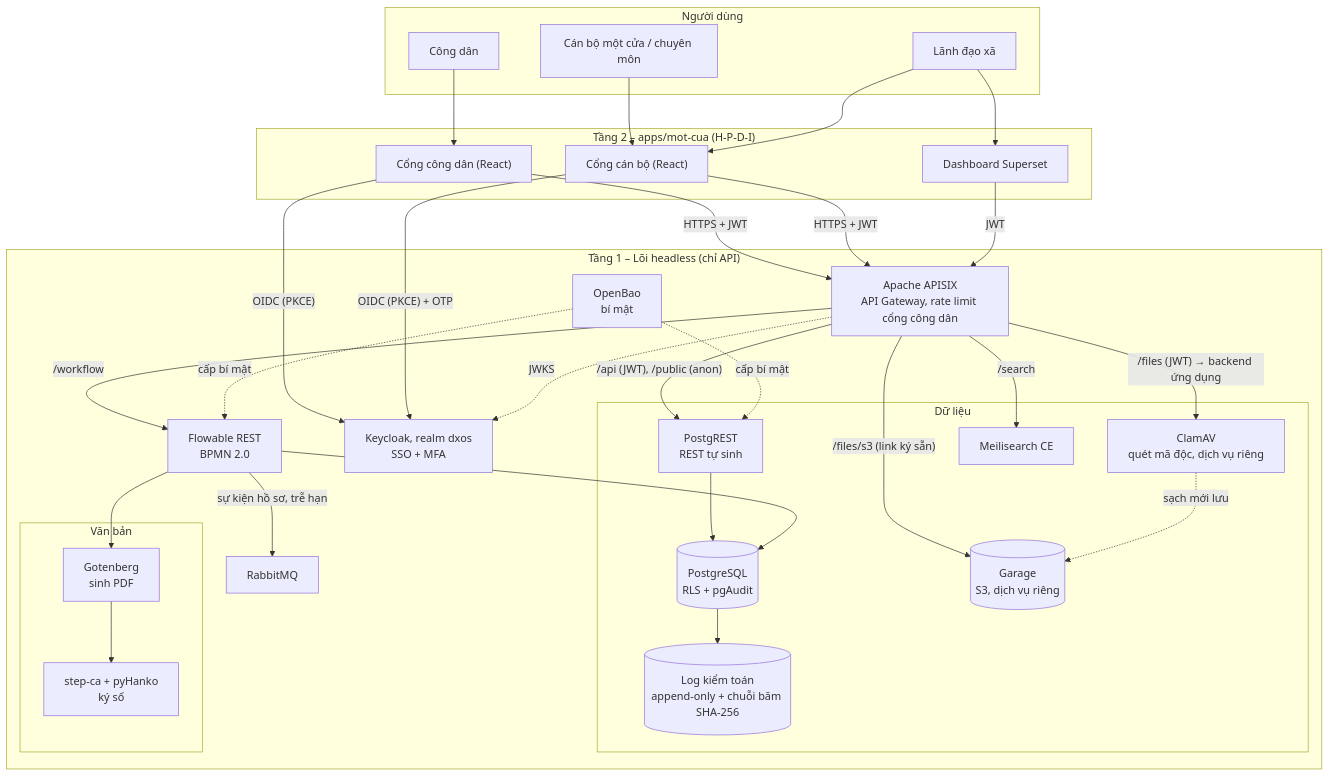
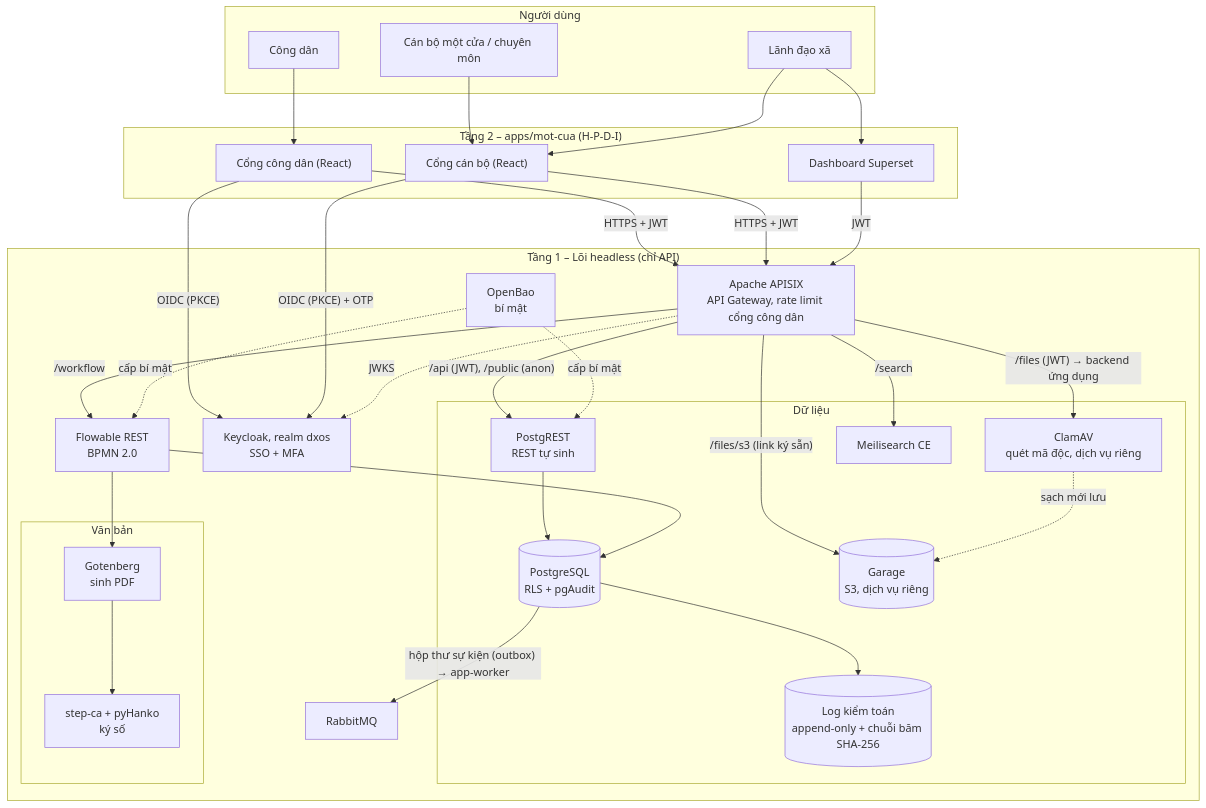
The first of 8 diagrams in docs/architecture.md (commune-dxos/commune-dxos), drawn with Mermaid before and after one commit. The commit also changed other lines of this file and 32 other files, not shown here.

First line of the commit message:
feat(su-kien): RabbitMQ nhận sự kiện hồ sơ qua outbox, cảnh báo sắp trễ hạn (#9)

````diff
--- a/docs/architecture.md
+++ b/docs/architecture.md
@@ -11,65 +11,65 @@
 ```mermaid
 flowchart TB
   subgraph U["Người dùng"]
     CD["Công dân"]
     CB["Cán bộ một cửa / chuyên môn"]
     LD["Lãnh đạo xã"]
   end
 
   subgraph T2["Tầng 2 – apps/mot-cua (H-P-D-I)"]
     WEBCD["Cổng công dân (React)"]
     WEBCB["Cổng cán bộ (React)"]
     BI["Dashboard Superset"]
   end
 
   subgraph T1["Tầng 1 – Lõi headless (chỉ API)"]
     KC["Keycloak, realm dxos<br/>SSO + MFA"]
     GW["Apache APISIX<br/>API Gateway, rate limit cổng công dân"]
 
     subgraph DATA["Dữ liệu"]
       PGR["PostgREST<br/>REST tự sinh"]
       PG[("PostgreSQL<br/>RLS + pgAudit")]
       AUD[("Log kiểm toán<br/>append-only + chuỗi băm SHA-256")]
       S3[("Garage<br/>S3, dịch vụ riêng")]
       AV["ClamAV<br/>quét mã độc, dịch vụ riêng"]
       MS["Meilisearch CE"]
     end
 
     FL["Flowable REST<br/>BPMN 2.0"]
     MQ["RabbitMQ"]
     BAO["OpenBao<br/>bí mật"]
 
     subgraph DOCS["Văn bản"]
       GOT["Gotenberg<br/>sinh PDF"]
       CA["step-ca + pyHanko<br/>ký số"]
     end
   end
 
   CD --> WEBCD
   CB --> WEBCB
   LD --> WEBCB
   LD --> BI
 
   WEBCD -- "OIDC (PKCE)" --> KC
   WEBCB -- "OIDC (PKCE) + OTP" --> KC
   WEBCD -- "HTTPS + JWT" --> GW
   WEBCB -- "HTTPS + JWT" --> GW
   BI -- "JWT" --> GW
 
   GW -.->|JWKS| KC
   GW -- "/api (JWT), /public (anon)" --> PGR
   GW -- "/workflow" --> FL
   GW -- "/files (JWT) → backend ứng dụng" --> AV
   GW -- "/files/s3 (link ký sẵn)" --> S3
   GW -- "/search" --> MS
 
   PGR --> PG
   PG --> AUD
   FL --> PG
-  FL -- "sự kiện hồ sơ, trễ hạn" --> MQ
+  PG -- "hộp thư sự kiện (outbox) → app-worker" --> MQ
   AV -.->|sạch mới lưu| S3
   FL --> GOT --> CA
 
   BAO -.->|cấp bí mật| PGR
   BAO -.->|cấp bí mật| FL
 ```
````
